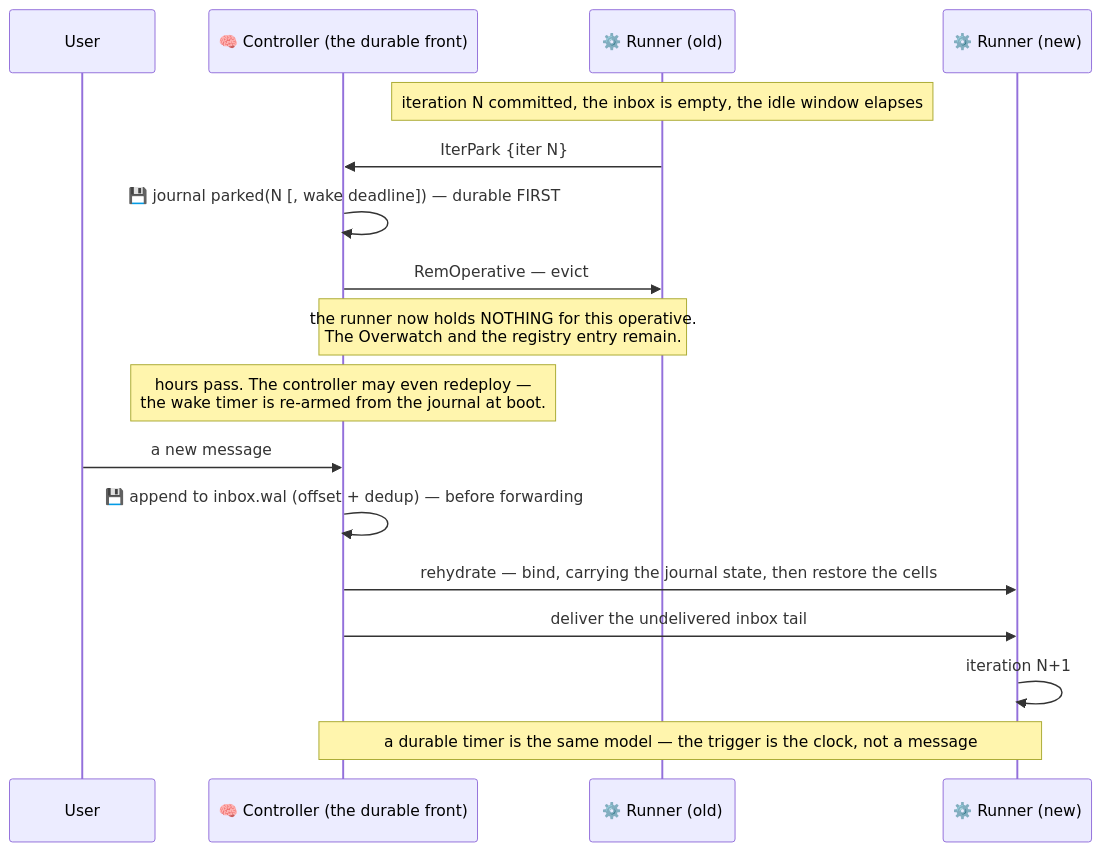
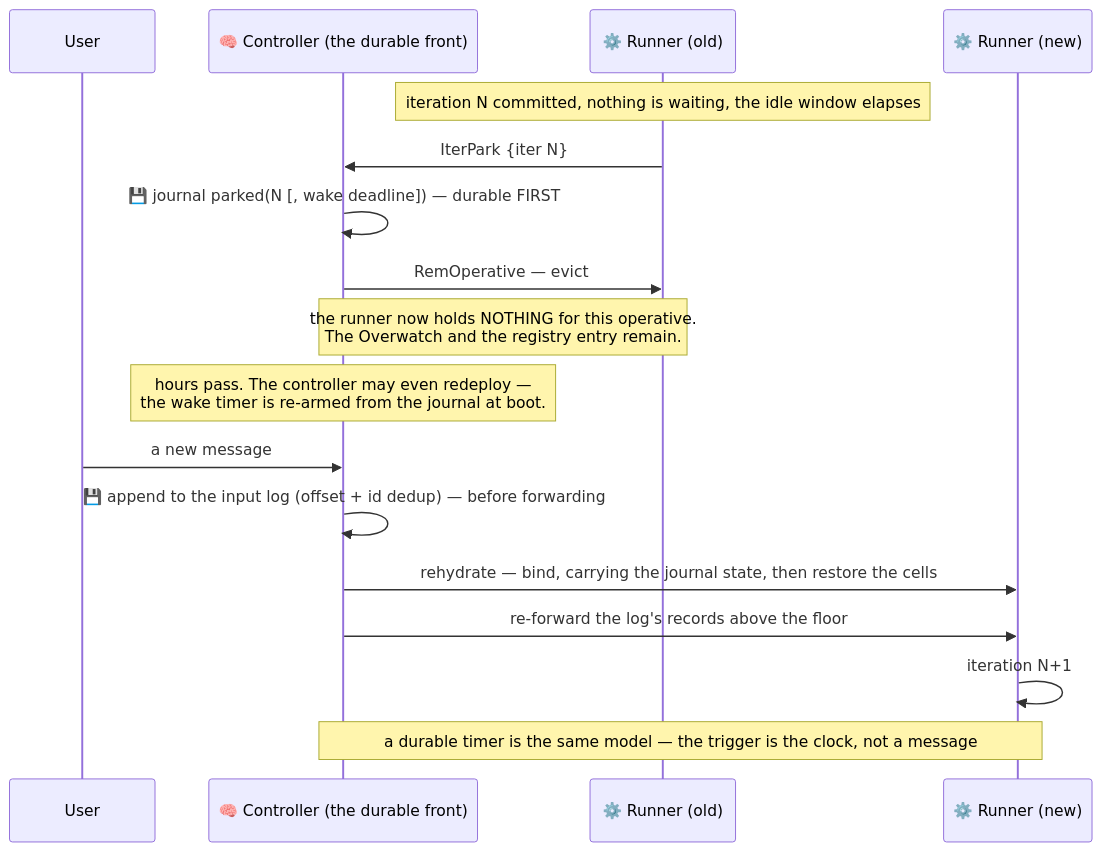
One commit to Flezha/flezha changed the seventh of 8 diagrams in docs/architecture/workflow_profile.md. Above: the diagram before and after it, drawn with Mermaid. The commit also changed other lines of this file and 78 other files, not shown here.

First line of the commit message:
Keep one durable input log

````diff
--- a/docs/architecture/workflow_profile.md
+++ b/docs/architecture/workflow_profile.md
@@ -334,22 +336,22 @@
 ```mermaid
 sequenceDiagram
     participant USER as User
     participant CTRL as 🧠 Controller (the durable front)
     participant EX1 as ⚙️ Runner (old)
     participant EX2 as ⚙️ Runner (new)
 
-    Note over EX1: iteration N committed, the inbox is empty, the idle window elapses
+    Note over EX1: iteration N committed, nothing is waiting, the idle window elapses
     EX1->>CTRL: IterPark {iter N}
     CTRL->>CTRL: 💾 journal parked(N [, wake deadline]) — durable FIRST
     CTRL->>EX1: RemOperative — evict
     Note over CTRL,EX1: the runner now holds NOTHING for this operative.<br/>The Overwatch and the registry entry remain.
 
     Note over CTRL: hours pass. The controller may even redeploy —<br/>the wake timer is re-armed from the journal at boot.
 
     USER->>CTRL: a new message
-    CTRL->>CTRL: 💾 append to inbox.wal (offset + dedup) — before forwarding
+    CTRL->>CTRL: 💾 append to the input log (offset + id dedup) — before forwarding
     CTRL->>EX2: rehydrate — bind, carrying the journal state, then restore the cells
-    CTRL->>EX2: deliver the undelivered inbox tail
+    CTRL->>EX2: re-forward the log's records above the floor
     EX2->>EX2: iteration N+1
     Note over CTRL,EX2: a durable timer is the same model — the trigger is the clock, not a message
 ```
````
